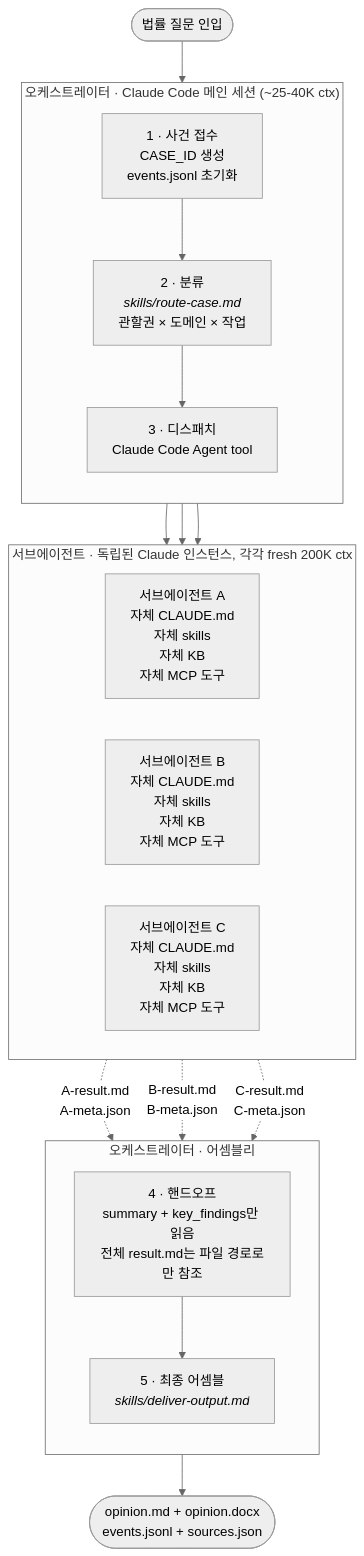
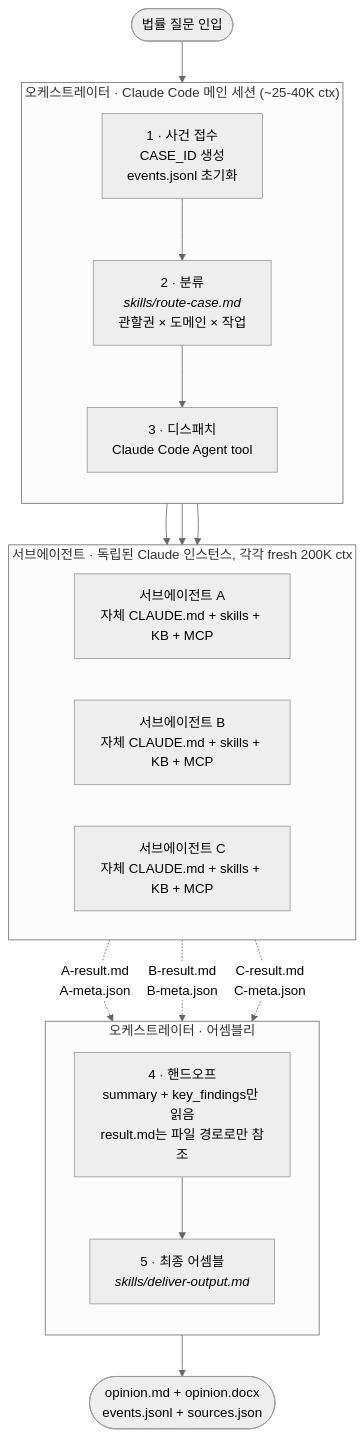
Before and after one commit to kipeum86/legal-agent-orchestrator: the first of 2 diagrams in README.ko.md, drawn with Mermaid (neutral theme). The commit also changed other lines of this file and 3 other files, not shown here.

````diff
--- a/README.ko.md
+++ b/README.ko.md
@@ -179,37 +46,37 @@
 ```mermaid
 flowchart TB
     Q([법률 질문 인입])
     Q --> I
 
     subgraph OrcTop["오케스트레이터 · Claude Code 메인 세션 (~25-40K ctx)"]
         direction TB
         I["1 · 사건 접수<br/>CASE_ID 생성<br/>events.jsonl 초기화"]
         C["2 · 분류<br/><i>skills/route-case.md</i><br/>관할권 × 도메인 × 작업"]
         D["3 · 디스패치<br/>Claude Code Agent tool"]
         I --> C --> D
     end
 
     D --> SA
     D --> SB
     D --> SC
 
     subgraph Subs["서브에이전트 · 독립된 Claude 인스턴스, 각각 fresh 200K ctx"]
         direction LR
-        SA["서브에이전트 A<br/>자체 CLAUDE.md<br/>자체 skills<br/>자체 KB<br/>자체 MCP 도구"]
-        SB["서브에이전트 B<br/>자체 CLAUDE.md<br/>자체 skills<br/>자체 KB<br/>자체 MCP 도구"]
-        SC["서브에이전트 C<br/>자체 CLAUDE.md<br/>자체 skills<br/>자체 KB<br/>자체 MCP 도구"]
+        SA["서브에이전트 A<br/>자체 CLAUDE.md + skills + KB + MCP"]
+        SB["서브에이전트 B<br/>자체 CLAUDE.md + skills + KB + MCP"]
+        SC["서브에이전트 C<br/>자체 CLAUDE.md + skills + KB + MCP"]
     end
 
     SA -.->|"A-result.md<br/>A-meta.json"| H
     SB -.->|"B-result.md<br/>B-meta.json"| H
     SC -.->|"C-result.md<br/>C-meta.json"| H
 
     subgraph OrcBot["오케스트레이터 · 어셈블리"]
         direction TB
-        H["4 · 핸드오프<br/>summary + key_findings만 읽음<br/>전체 result.md는 파일 경로로만 참조"]
+        H["4 · 핸드오프<br/>summary + key_findings만 읽음<br/>result.md는 파일 경로로만 참조"]
         F["5 · 최종 어셈블<br/><i>skills/deliver-output.md</i>"]
         H --> F
     end
 
     F --> OUT([opinion.md + opinion.docx<br/>events.jsonl + sources.json])
 ```
````
